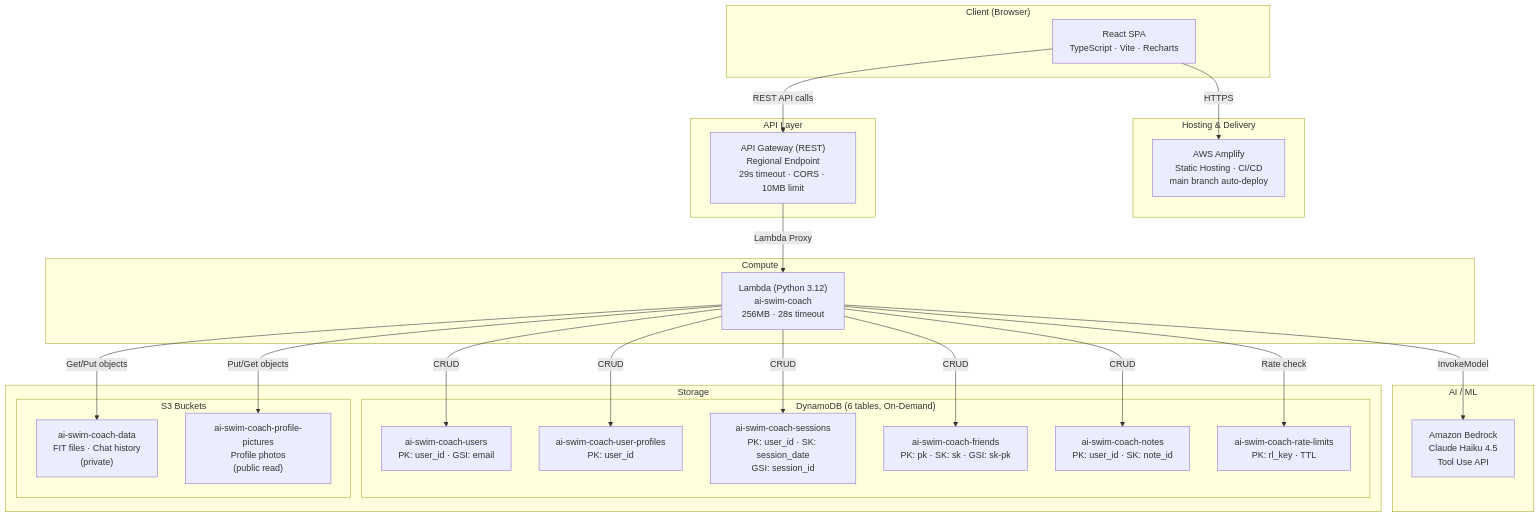
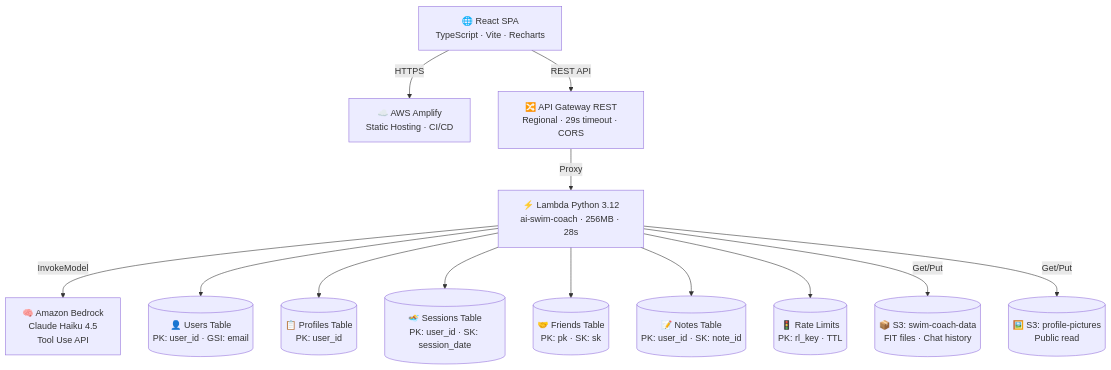
The first of 4 diagrams in ARCHITECTURE.md (magnus-hs/aiswimcoach), drawn with Mermaid before and after one commit.

Commit message:
docs: flatten architecture diagram for better Mermaid rendering

````diff
--- a/ARCHITECTURE.md
+++ b/ARCHITECTURE.md
@@ -5,58 +5,43 @@
 ```mermaid
 graph TB
-    %% Client Layer
-    subgraph Client ["Client (Browser)"]
-        FE["React SPA<br/>TypeScript · Vite · Recharts"]
-    end
+    %% Client
+    FE["🌐 React SPA<br/>TypeScript · Vite · Recharts"]
 
-    %% AWS Hosting
-    subgraph Hosting ["Hosting & Delivery"]
-        AMP["AWS Amplify<br/>Static Hosting · CI/CD<br/>main branch auto-deploy"]
-    end
+    %% Hosting
+    AMP["☁️ AWS Amplify<br/>Static Hosting · CI/CD"]
 
-    %% API Layer
-    subgraph API ["API Layer"]
-        APIGW["API Gateway (REST)<br/>Regional Endpoint<br/>29s timeout · CORS · 10MB limit"]
-    end
+    %% API
+    APIGW["🔀 API Gateway REST<br/>Regional · 29s timeout · CORS"]
 
-    %% Compute Layer
-    subgraph Compute ["Compute"]
-        LAM["Lambda (Python 3.12)<br/>ai-swim-coach<br/>256MB · 28s timeout"]
-    end
+    %% Compute
+    LAM["⚡ Lambda Python 3.12<br/>ai-swim-coach · 256MB · 28s"]
 
-    %% AI Layer
-    subgraph AI ["AI / ML"]
-        BED["Amazon Bedrock<br/>Claude Haiku 4.5<br/>Tool Use API"]
-    end
+    %% AI
+    BED["🧠 Amazon Bedrock<br/>Claude Haiku 4.5<br/>Tool Use API"]
 
-    %% Storage Layer
-    subgraph Storage ["Storage"]
-        subgraph DDB ["DynamoDB (6 tables, On-Demand)"]
-            T_USERS["ai-swim-coach-users<br/>PK: user_id · GSI: email"]
-            T_PROF["ai-swim-coach-user-profiles<br/>PK: user_id"]
-            T_SESS["ai-swim-coach-sessions<br/>PK: user_id · SK: session_date<br/>GSI: session_id"]
-            T_FRIENDS["ai-swim-coach-friends<br/>PK: pk · SK: sk · GSI: sk-pk"]
-            T_NOTES["ai-swim-coach-notes<br/>PK: user_id · SK: note_id"]
-            T_RL["ai-swim-coach-rate-limits<br/>PK: rl_key · TTL"]
-        end
+    %% DynamoDB Tables
+    T_USERS[("👤 Users Table<br/>PK: user_id · GSI: email")]
+    T_PROF[("📋 Profiles Table<br/>PK: user_id")]
+    T_SESS[("🏊 Sessions Table<br/>PK: user_id · SK: session_date")]
+    T_FRIENDS[("🤝 Friends Table<br/>PK: pk · SK: sk")]
+    T_NOTES[("📝 Notes Table<br/>PK: user_id · SK: note_id")]
+    T_RL[("🚦 Rate Limits<br/>PK: rl_key · TTL")]
 
-        subgraph S3 ["S3 Buckets"]
-            S3_DATA["ai-swim-coach-data<br/>FIT files · Chat history<br/>(private)"]
-            S3_PICS["ai-swim-coach-profile-pictures<br/>Profile photos<br/>(public read)"]
-        end
-    end
+    %% S3 Buckets
+    S3_DATA[("📦 S3: swim-coach-data<br/>FIT files · Chat history")]
+    S3_PICS[("🖼️ S3: profile-pictures<br/>Public read")]
 
     %% Connections
     FE -->|HTTPS| AMP
-    FE -->|REST API calls| APIGW
-    APIGW -->|Lambda Proxy| LAM
+    FE -->|REST API| APIGW
+    APIGW -->|Proxy| LAM
     LAM -->|InvokeModel| BED
-    LAM -->|CRUD| T_USERS
-    LAM -->|CRUD| T_PROF
-    LAM -->|CRUD| T_SESS
-    LAM -->|CRUD| T_FRIENDS
-    LAM -->|CRUD| T_NOTES
-    LAM -->|Rate check| T_RL
-    LAM -->|Get/Put objects| S3_DATA
-    LAM -->|Put/Get objects| S3_PICS
+    LAM --> T_USERS
+    LAM --> T_PROF
+    LAM --> T_SESS
+    LAM --> T_FRIENDS
+    LAM --> T_NOTES
+    LAM --> T_RL
+    LAM -->|Get/Put| S3_DATA
+    LAM -->|Get/Put| S3_PICS
 ```
````
